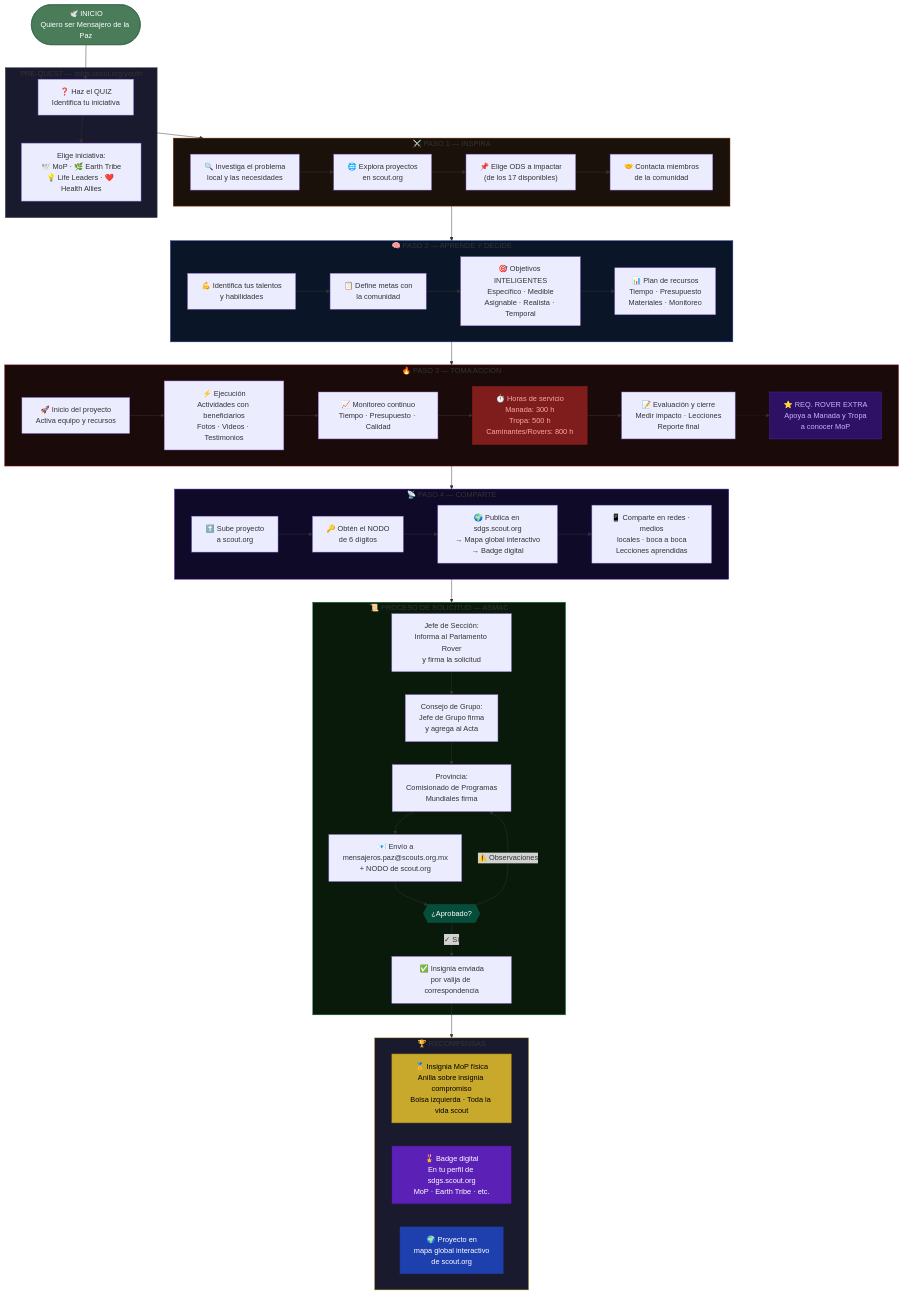
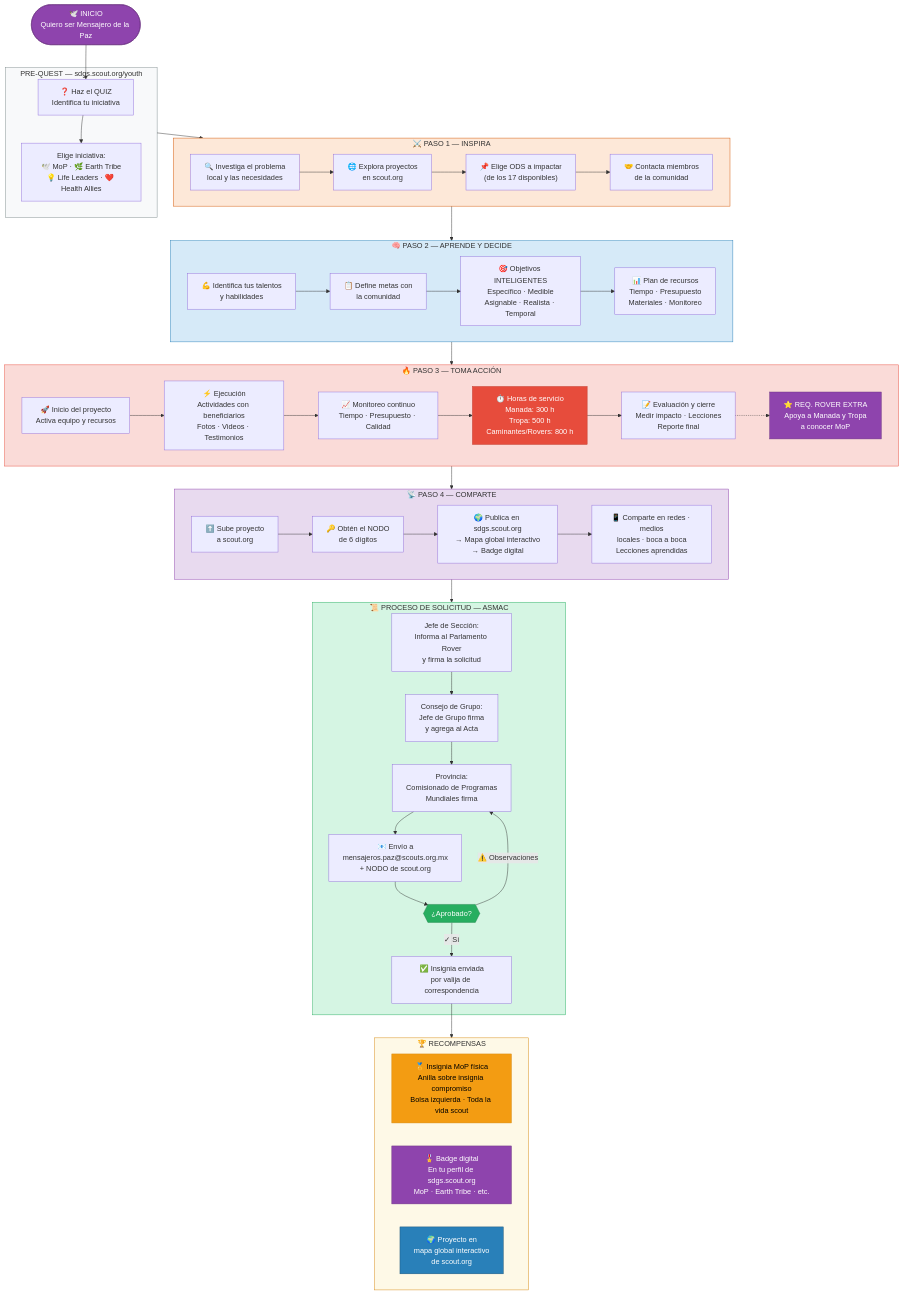
One commit to conecta-clanes/my-website changed the diagram in docs/base-conocimiento/tips-consejeros/mop-diagrama.md. Above: the diagram before and after it, drawn with Mermaid. The commit also changed other lines of this file and 51 other files, not shown here.

````diff
--- a/docs/base-conocimiento/tips-consejeros/mop-diagrama.md
+++ b/docs/base-conocimiento/tips-consejeros/mop-diagrama.md
@@ -94,18 +94,18 @@
         R3["🌍 Proyecto en<BR>mapa global interactivo<BR>de scout.org"]
     end
 
-    style START fill:#4a7c59,color:#fff,stroke:#2d5a3d
-    style REWARD fill:#1a1a2e,stroke:#c8a92b
-    style R1 fill:#c8a92b,color:#000,stroke:#8a6910
-    style R2 fill:#5b21b6,color:#fff,stroke:#3b0764
-    style R3 fill:#1e40af,color:#fff,stroke:#1e3a8a
-    style PREP fill:#1a1a2e,stroke:#374151
-    style P1 fill:#1a120a,stroke:#92400e
-    style P2 fill:#0a1628,stroke:#1e40af
-    style P3 fill:#1a0a0a,stroke:#991b1b
-    style P4 fill:#0f0a28,stroke:#5b21b6
-    style SOL fill:#0a1a0a,stroke:#15803d
-    style C4 fill:#7f1d1d,color:#fca5a5,stroke:#991b1b
-    style C_R fill:#2e1065,color:#c4b5fd,stroke:#5b21b6
-    style E5 fill:#064e3b,color:#fff,stroke:#065f46
+    style START fill:#8e44ad,stroke:#6c3483,color:#fff
+    style REWARD fill:#fef9e7,stroke:#d68910
+    style R1 fill:#f39c12,stroke:#d68910,color:#000
+    style R2 fill:#8e44ad,stroke:#6c3483,color:#fff
+    style R3 fill:#2980b9,stroke:#1a5276,color:#fff
+    style PREP fill:#f8f9fa,stroke:#7f8c8d
+    style P1 fill:#fde8d8,stroke:#d35400
+    style P2 fill:#d6eaf8,stroke:#2980b9
+    style P3 fill:#fadbd8,stroke:#e74c3c
+    style P4 fill:#e8daef,stroke:#8e44ad
+    style SOL fill:#d5f5e3,stroke:#27ae60
+    style C4 fill:#e74c3c,stroke:#c0392b,color:#fff
+    style C_R fill:#8e44ad,stroke:#6c3483,color:#fff
+    style E5 fill:#27ae60,stroke:#1e8449,color:#fff
 ```
````
